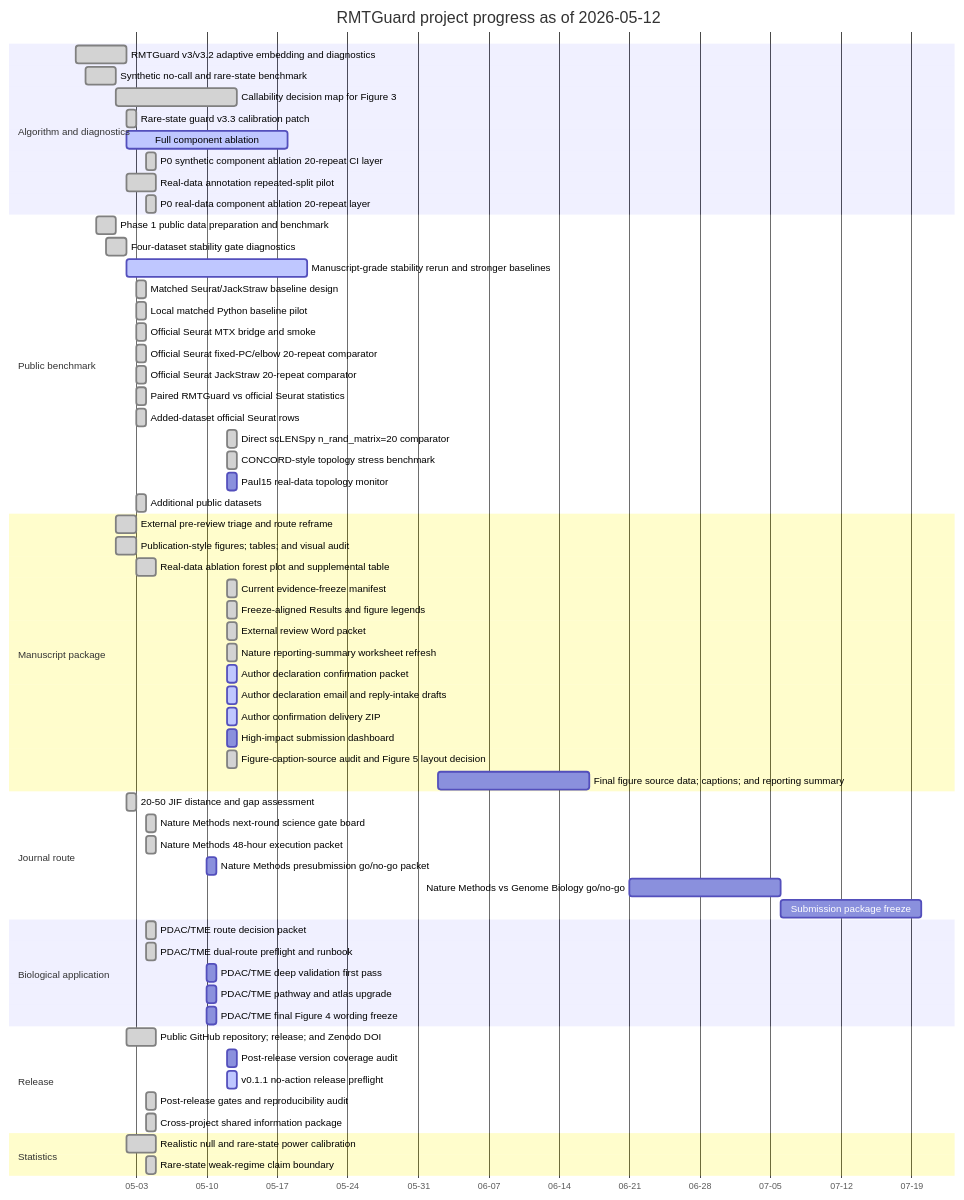
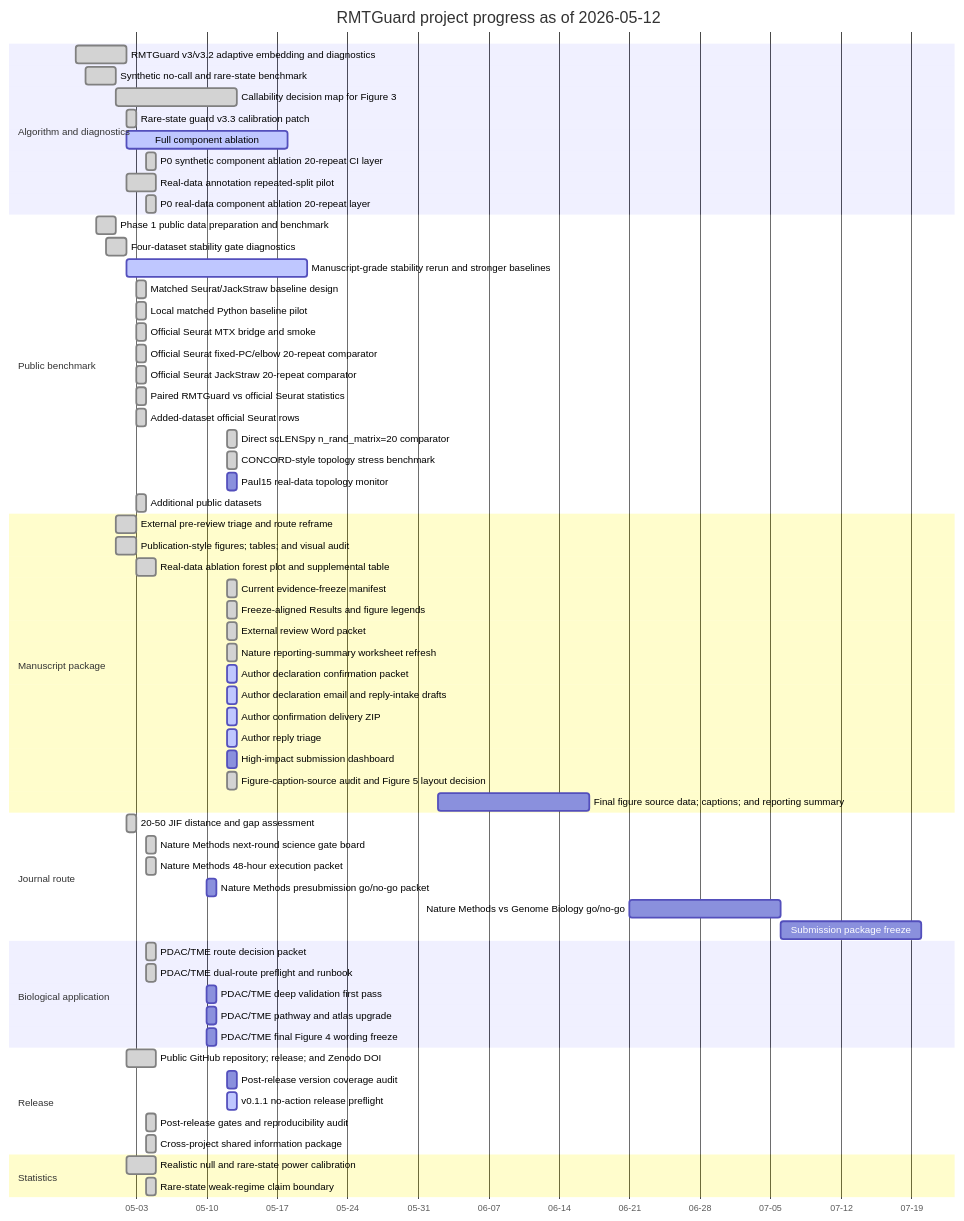
Before and after one commit to healthgreat/rmtguard: the diagram in results/project_management/rmtguard_project_gantt.md, drawn with Mermaid. The commit also changed other lines of this file and 24 other files, not shown here.

Commit message:
Record preliminary mentor author reply

````diff
--- a/results/project_management/rmtguard_project_gantt.md
+++ b/results/project_management/rmtguard_project_gantt.md
@@ -13,66 +13,67 @@
 ```mermaid
 gantt
     title RMTGuard project progress as of 2026-05-12
     dateFormat  YYYY-MM-DD
     axisFormat  %m-%d
     section Algorithm and diagnostics
     RMTGuard v3/v3.2 adaptive embedding and diagnostics :done, T01, 2026-04-27, 5d
     Synthetic no-call and rare-state benchmark :done, T02, 2026-04-28, 3d
     Callability decision map for Figure 3 :done, T03, 2026-05-01, 12d
     Rare-state guard v3.3 calibration patch :done, T04, 2026-05-02, 1d
     Full component ablation :active, T18, 2026-05-02, 16d
     P0 synthetic component ablation 20-repeat CI layer :done, T19, 2026-05-04, 1d
     Real-data annotation repeated-split pilot :done, T20, 2026-05-02, 3d
     P0 real-data component ablation 20-repeat layer :done, T21, 2026-05-04, 1d
     section Public benchmark
     Phase 1 public data preparation and benchmark :done, T05, 2026-04-29, 2d
     Four-dataset stability gate diagnostics :done, T06, 2026-04-30, 2d
     Manuscript-grade stability rerun and stronger baselines :active, T17, 2026-05-02, 18d
-    Matched Seurat/JackStraw baseline design :done, T34, 2026-05-03, 1d
-    Local matched Python baseline pilot :done, T35, 2026-05-03, 1d
-    Official Seurat MTX bridge and smoke :done, T36, 2026-05-03, 1d
-    Official Seurat fixed-PC/elbow 20-repeat comparator :done, T37, 2026-05-03, 1d
-    Official Seurat JackStraw 20-repeat comparator :done, T38, 2026-05-03, 1d
-    Paired RMTGuard vs official Seurat statistics :done, T39, 2026-05-03, 1d
-    Added-dataset official Seurat rows :done, T40, 2026-05-03, 1d
-    Direct scLENSpy n_rand_matrix=20 comparator :done, T41, 2026-05-12, 1d
-    CONCORD-style topology stress benchmark :done, T42, 2026-05-12, 1d
-    Paul15 real-data topology monitor :T43, 2026-05-12, 1d
-    Additional public datasets :done, T47, 2026-05-03, 1d
+    Matched Seurat/JackStraw baseline design :done, T35, 2026-05-03, 1d
+    Local matched Python baseline pilot :done, T36, 2026-05-03, 1d
+    Official Seurat MTX bridge and smoke :done, T37, 2026-05-03, 1d
+    Official Seurat fixed-PC/elbow 20-repeat comparator :done, T38, 2026-05-03, 1d
+    Official Seurat JackStraw 20-repeat comparator :done, T39, 2026-05-03, 1d
+    Paired RMTGuard vs official Seurat statistics :done, T40, 2026-05-03, 1d
+    Added-dataset official Seurat rows :done, T41, 2026-05-03, 1d
+    Direct scLENSpy n_rand_matrix=20 comparator :done, T42, 2026-05-12, 1d
+    CONCORD-style topology stress benchmark :done, T43, 2026-05-12, 1d
+    Paul15 real-data topology monitor :T44, 2026-05-12, 1d
+    Additional public datasets :done, T48, 2026-05-03, 1d
     section Manuscript package
     External pre-review triage and route reframe :done, T07, 2026-05-01, 2d
     Publication-style figures; tables; and visual audit :done, T08, 2026-05-01, 2d
     Real-data ablation forest plot and supplemental table :done, T22, 2026-05-03, 2d
     Current evidence-freeze manifest :done, T23, 2026-05-12, 1d
     Freeze-aligned Results and figure legends :done, T24, 2026-05-12, 1d
     External review Word packet :done, T25, 2026-05-12, 1d
     Nature reporting-summary worksheet refresh :done, T26, 2026-05-12, 1d
     Author declaration confirmation packet :active, T27, 2026-05-12, 1d
     Author declaration email and reply-intake drafts :active, T28, 2026-05-12, 1d
     Author confirmation delivery ZIP :active, T29, 2026-05-12, 1d
-    High-impact submission dashboard :T30, 2026-05-12, 1d
-    Figure-caption-source audit and Figure 5 layout decision :done, T31, 2026-05-12, 1d
-    Final figure source data; captions; and reporting summary :T48, 2026-06-02, 15d
+    Author reply triage :active, T30, 2026-05-12, 1d
+    High-impact submission dashboard :T31, 2026-05-12, 1d
+    Figure-caption-source audit and Figure 5 layout decision :done, T32, 2026-05-12, 1d
+    Final figure source data; captions; and reporting summary :T49, 2026-06-02, 15d
     section Journal route
     20-50 JIF distance and gap assessment :done, T09, 2026-05-02, 1d
     Nature Methods next-round science gate board :done, T10, 2026-05-04, 1d
     Nature Methods 48-hour execution packet :done, T11, 2026-05-04, 1d
-    Nature Methods presubmission go/no-go packet :T51, 2026-05-10, 1d
-    Nature Methods vs Genome Biology go/no-go :T52, 2026-06-21, 15d
-    Submission package freeze :T53, 2026-07-06, 14d
+    Nature Methods presubmission go/no-go packet :T52, 2026-05-10, 1d
+    Nature Methods vs Genome Biology go/no-go :T53, 2026-06-21, 15d
+    Submission package freeze :T54, 2026-07-06, 14d
     section Biological application
     PDAC/TME route decision packet :done, T12, 2026-05-04, 1d
     PDAC/TME dual-route preflight and runbook :done, T13, 2026-05-04, 1d
-    PDAC/TME deep validation first pass :T44, 2026-05-10, 1d
-    PDAC/TME pathway and atlas upgrade :T45, 2026-05-10, 1d
-    PDAC/TME final Figure 4 wording freeze :T46, 2026-05-10, 1d
+    PDAC/TME deep validation first pass :T45, 2026-05-10, 1d
+    PDAC/TME pathway and atlas upgrade :T46, 2026-05-10, 1d
+    PDAC/TME final Figure 4 wording freeze :T47, 2026-05-10, 1d
     section Release
     Public GitHub repository; release; and Zenodo DOI :done, T14, 2026-05-02, 3d
-    Post-release version coverage audit :T32, 2026-05-12, 1d
-    v0.1.1 no-action release preflight :active, T33, 2026-05-12, 1d
-    Post-release gates and reproducibility audit :done, T49, 2026-05-04, 1d
-    Cross-project shared information package :done, T50, 2026-05-04, 1d
+    Post-release version coverage audit :T33, 2026-05-12, 1d
+    v0.1.1 no-action release preflight :active, T34, 2026-05-12, 1d
+    Post-release gates and reproducibility audit :done, T50, 2026-05-04, 1d
+    Cross-project shared information package :done, T51, 2026-05-04, 1d
     section Statistics
     Realistic null and rare-state power calibration :done, T15, 2026-05-02, 3d
     Rare-state weak-regime claim boundary :done, T16, 2026-05-04, 1d
 ```
````
